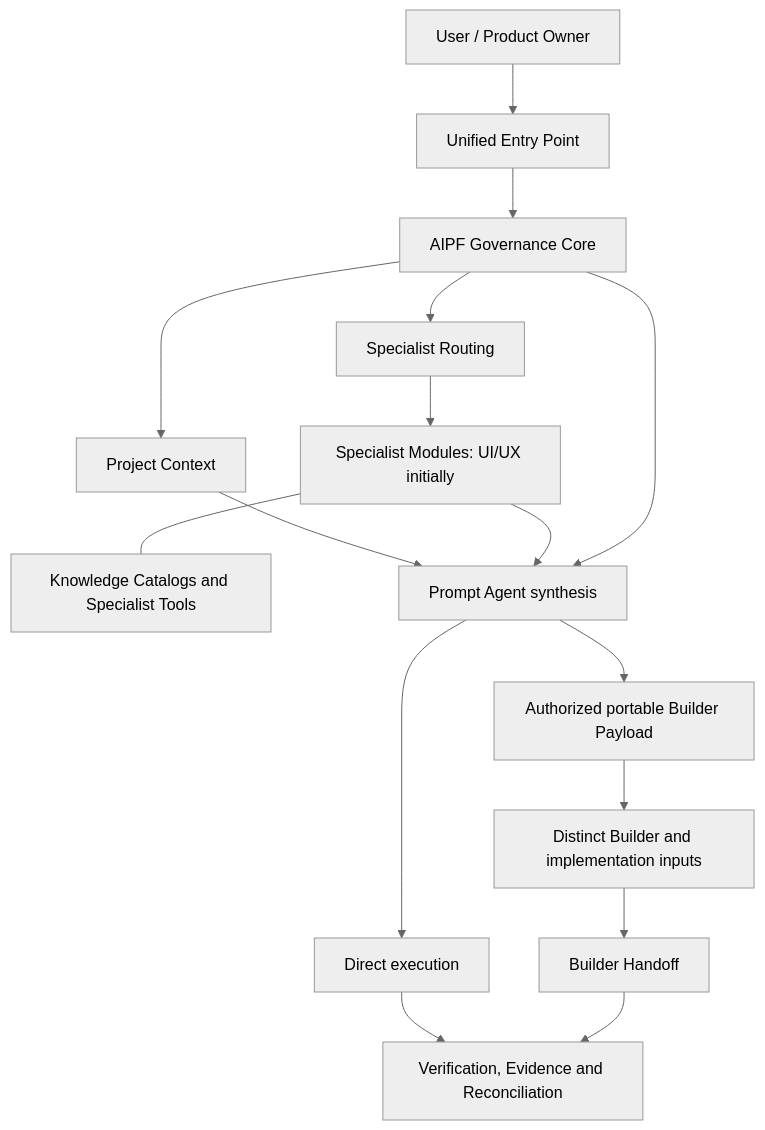
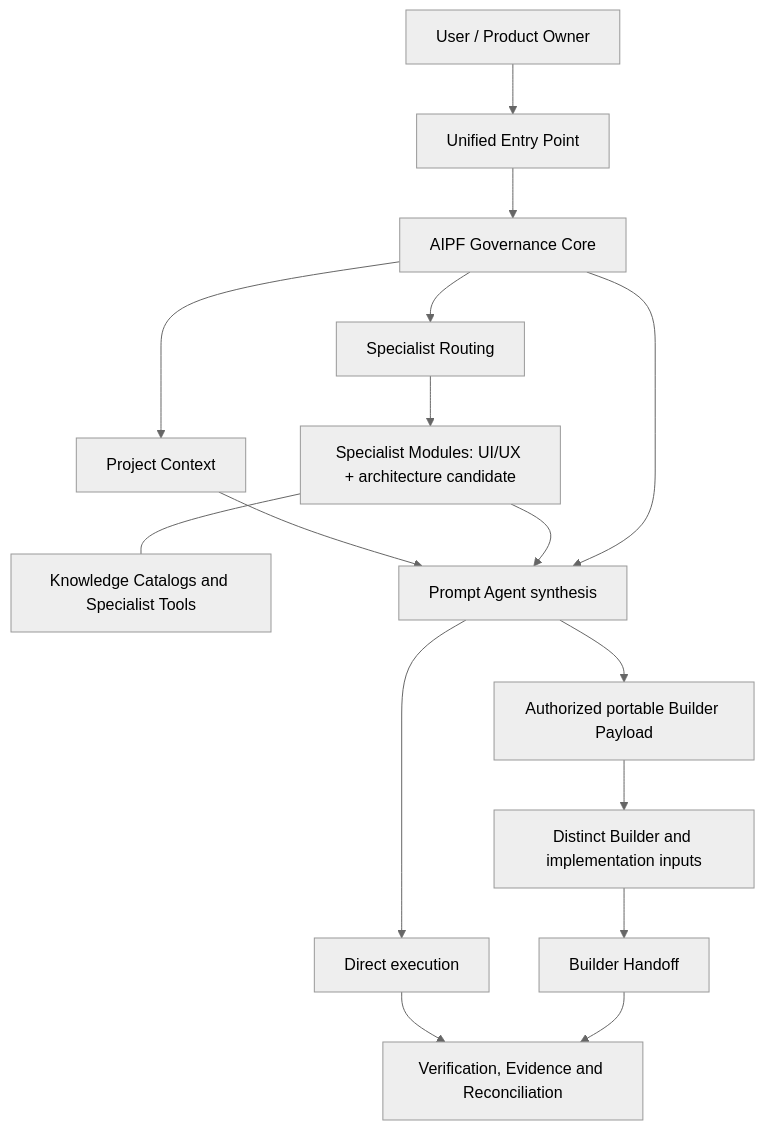
Before and after one commit to S-Pillow/praxis: the diagram in docs/ARCHITECTURE.md, drawn with Mermaid (neutral theme). The commit also changed other lines of this file and 40 other files, not shown here.

First line of the commit message:
Prepare Praxis v1.1.0 Architecture Specialist candidate

````diff
--- a/docs/ARCHITECTURE.md
+++ b/docs/ARCHITECTURE.md
@@ -7,18 +7,18 @@
 ```mermaid
 flowchart TD
   U[User / Product Owner] --> E[Unified Entry Point]
   E --> G[AIPF Governance Core]
   G --> C[Project Context]
   G --> R[Specialist Routing]
-  R --> S[Specialist Modules: UI/UX initially]
+  R --> S[Specialist Modules: UI/UX + architecture candidate]
   S --- K[Knowledge Catalogs and Specialist Tools]
   C --> P[Prompt Agent synthesis]
   S --> P
   G --> P
   P --> X[Direct execution]
   P --> B[Authorized portable Builder Payload]
   B --> D[Distinct Builder and implementation inputs]
   D --> H[Builder Handoff]
   X --> V[Verification, Evidence and Reconciliation]
   H --> V
 ```
````
